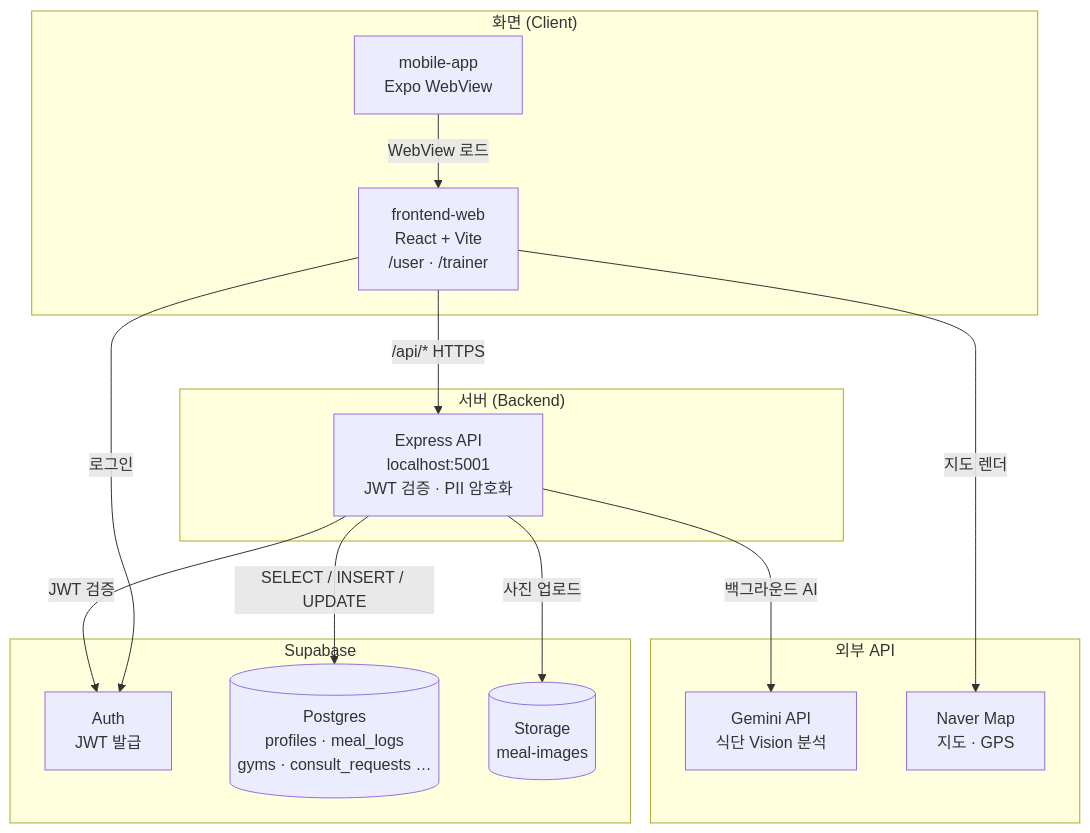
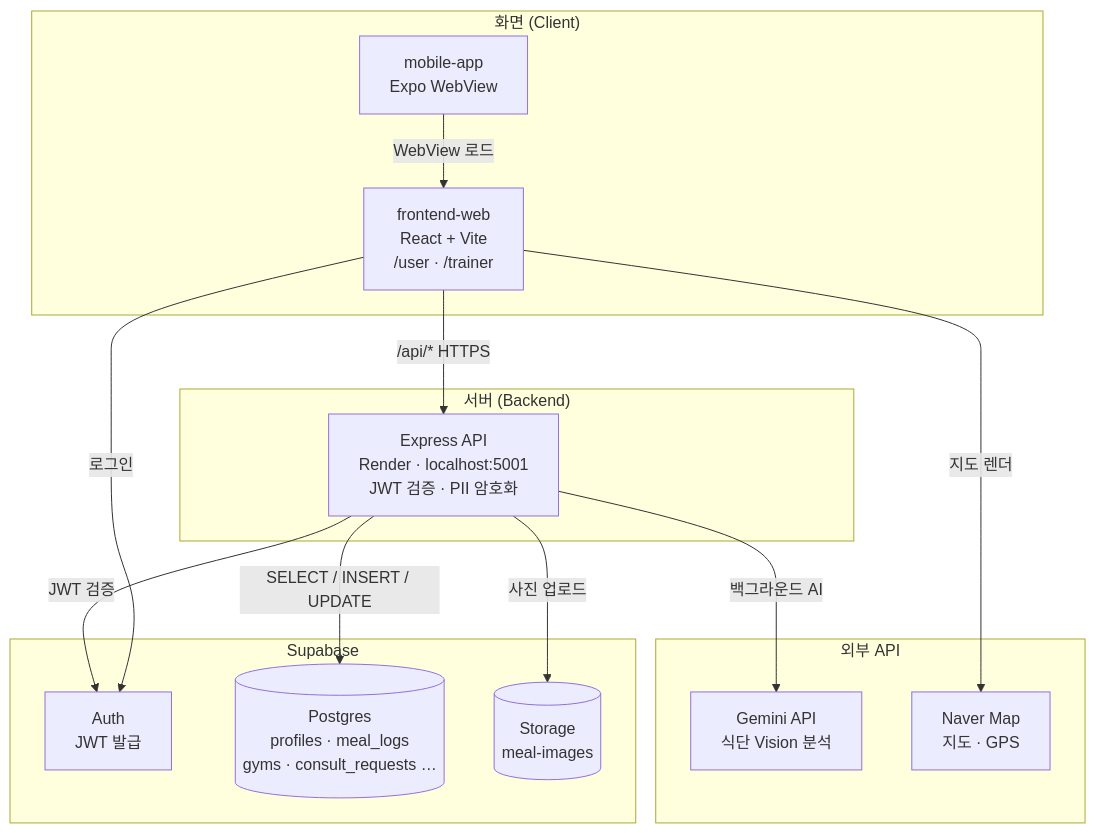
The first of 4 diagrams in fitcheck-project/docs/README.md (Mureung1/hub-showcase), drawn with Mermaid before and after one commit. The commit also changed other lines of this file and 7 other files, not shown here.

````diff
--- a/fitcheck-project/docs/README.md
+++ b/fitcheck-project/docs/README.md
@@ -55,32 +57,32 @@
 ```mermaid
 flowchart TB
   subgraph Client["화면 (Client)"]
     WEB["frontend-web<br/>React + Vite<br/>/user · /trainer"]
     MOBILE["mobile-app<br/>Expo WebView"]
   end
 
   subgraph Server["서버 (Backend)"]
-    API["Express API<br/>localhost:5001<br/>JWT 검증 · PII 암호화"]
+    API["Express API<br/>Render · localhost:5001<br/>JWT 검증 · PII 암호화"]
   end
 
   subgraph Supabase["Supabase"]
     AUTH["Auth<br/>JWT 발급"]
     DB[(Postgres<br/>profiles · meal_logs<br/>gyms · consult_requests …)]
     STORAGE[(Storage<br/>meal-images)]
   end
 
   subgraph External["외부 API"]
     GEMINI["Gemini API<br/>식단 Vision 분석"]
     NAVER["Naver Map<br/>지도 · GPS"]
   end
 
   MOBILE -->|WebView 로드| WEB
   WEB -->|"/api/*" HTTPS| API
   WEB -->|로그인| AUTH
   WEB -->|지도 렌더| NAVER
 
   API -->|SELECT / INSERT / UPDATE| DB
   API -->|JWT 검증| AUTH
   API -->|사진 업로드| STORAGE
   API -->|백그라운드 AI| GEMINI
 ```
````
